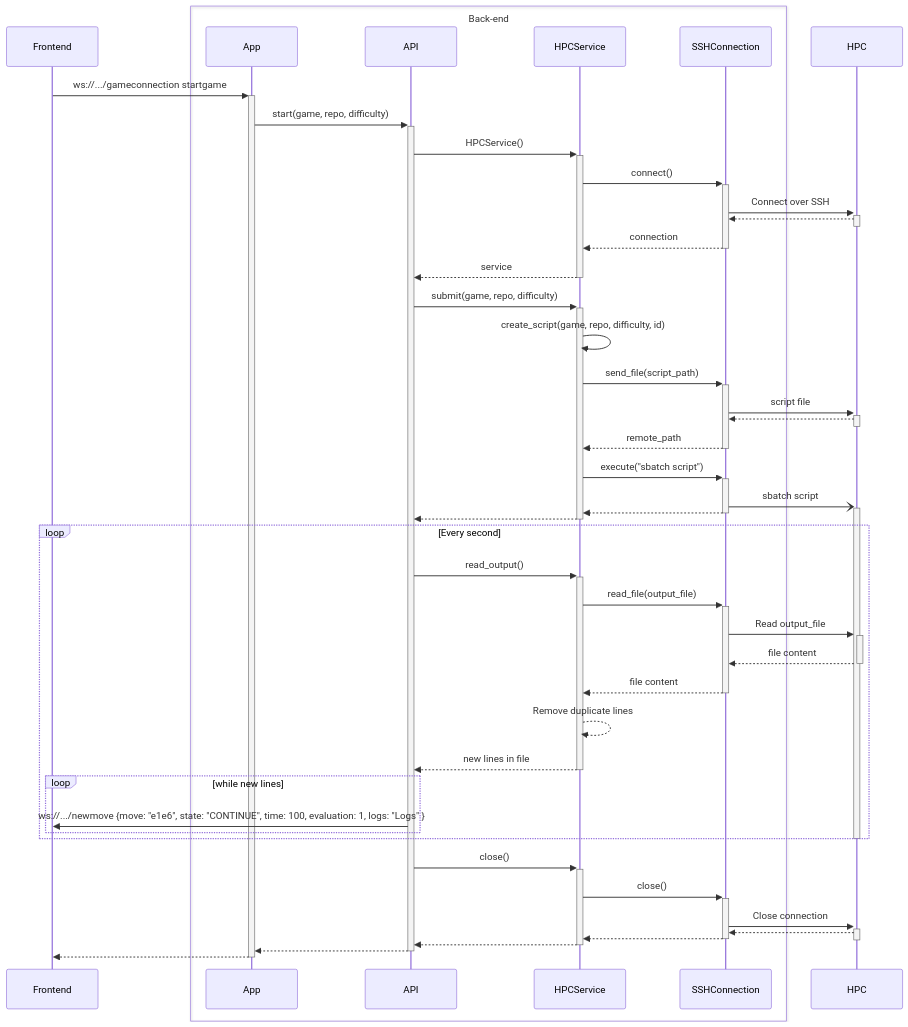
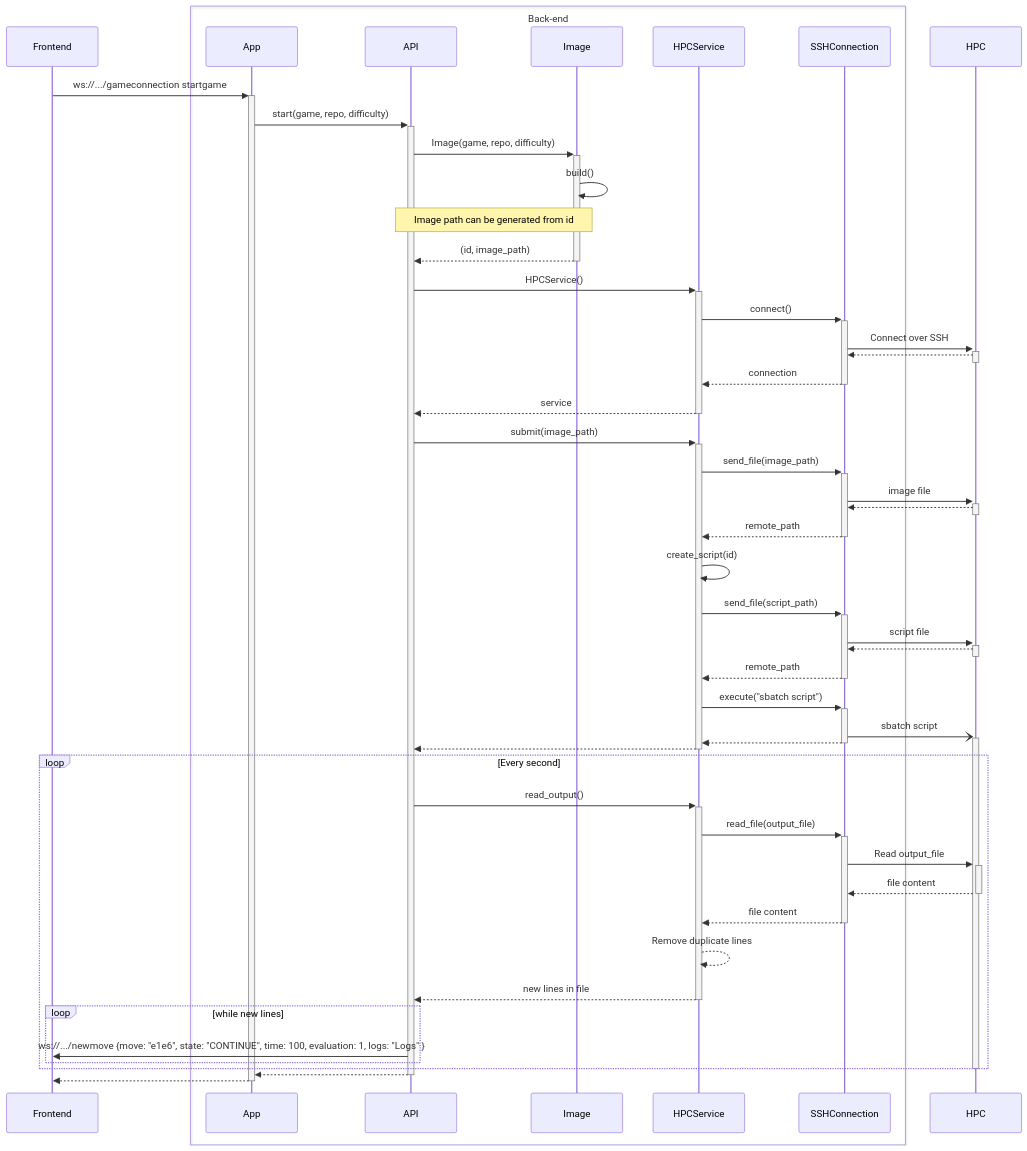
Before and after one commit to game-ai-platform-team/tira-ai-platform: the second of 5 diagrams in docs/architecture.md, drawn with Mermaid. The commit also changed other lines of this file, not shown here.

Commit message:
docs(#124): Update architecture

````diff
--- a/docs/architecture.md
+++ b/docs/architecture.md
@@ -53,65 +53,68 @@
 ```mermaid
 sequenceDiagram
 
 participant Frontend
 
 box Back-end
     participant App
     participant API
+    participant Image
     participant HPCService
     participant SSHConnection
 end
 
 Frontend ->>+ App: ws://.../gameconnection startgame
 
 App ->>+ API: start(game, repo, difficulty)
+API ->>+ Image: Image(game, repo, difficulty)
+    Image ->> Image: build()
+    Note over API, Image: Image path can be generated from id
+Image -->>- API: (id, image_path)
 
 API ->>+ HPCService: HPCService()
     HPCService ->>+ SSHConnection: connect()
     SSHConnection ->>+ HPC: Connect over SSH
     HPC -->>- SSHConnection: 
     SSHConnection -->>- HPCService: connection
 HPCService -->>- API: service
 
-API ->>+ HPCService: submit(game, repo, difficulty)
-    HPCService ->> HPCService: create_script(game, repo, difficulty, id)
+API ->>+ HPCService: submit(image_path)
+    HPCService ->>+ SSHConnection: send_file(image_path)
+        SSHConnection ->>+ HPC: image file
+        HPC -->>- SSHConnection: 
+    SSHConnection -->>- HPCService: remote_path
+
+    HPCService ->> HPCService: create_script(id)
 
     HPCService ->>+ SSHConnection: send_file(script_path)
         SSHConnection ->>+ HPC: script file
         HPC -->>- SSHConnection: 
     SSHConnection -->>- HPCService: remote_path
 
     HPCService ->>+ SSHConnection: execute("sbatch script")
         SSHConnection -)+ HPC: sbatch script
         
     SSHConnection -->>- HPCService: 
 HPCService -->>- API: 
 
 loop Every second
     API ->>+ HPCService: read_output()
         HPCService ->>+ SSHConnection: read_file(output_file)
         SSHConnection ->>+ HPC: Read output_file
         HPC -->>- SSHConnection: file content
         SSHConnection -->>- HPCService: file content
 
         HPCService -->> HPCService: Remove duplicate lines
 
     HPCService -->>- API: new lines in file
 
     loop while new lines
         API ->> Frontend: ws://.../newmove {move: "e1e6", state: "CONTINUE", time: 100, evaluation: 1, logs: "Logs" }
     end
 end
 
 deactivate HPC
 
-API ->>+ HPCService: close()
-    HPCService ->>+ SSHConnection: close()
-    SSHConnection ->>+ HPC: Close connection
-    HPC -->>- SSHConnection: 
-    SSHConnection -->>- HPCService: 
-HPCService -->>- API: 
-
 API -->>- App: 
 App -->>- Frontend: 
 ```
````
